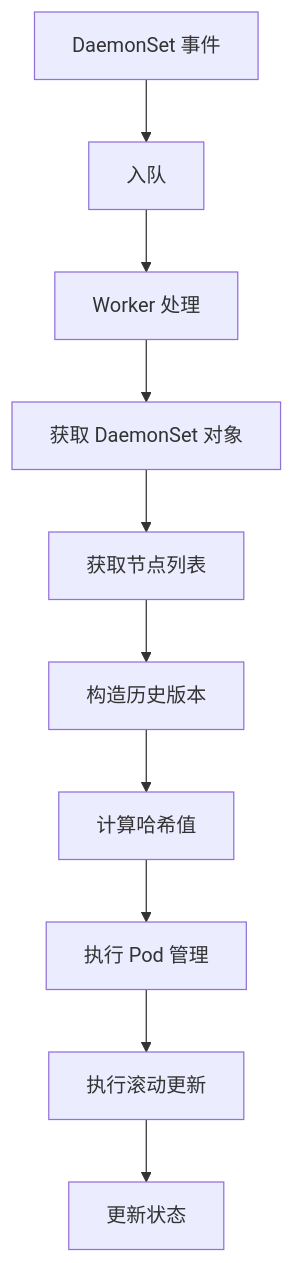
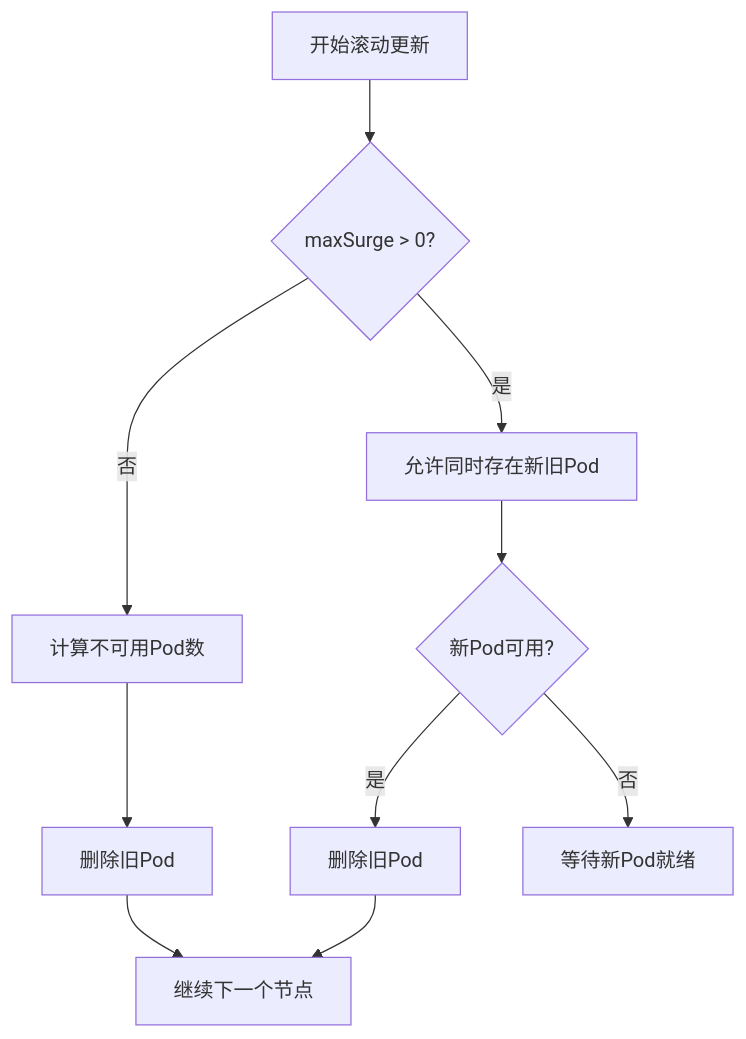
The third of 6 diagrams in docs/deep-dive/daemonset-controller-deep-dive.md (mjczz/k8s-vitepress), drawn with Mermaid before and after one commit. The commit also changed other lines of this file and 5 other files, not shown here.

````diff
--- a/docs/deep-dive/daemonset-controller-deep-dive.md
+++ b/docs/deep-dive/daemonset-controller-deep-dive.md
@@ -96,12 +229,12 @@
 ```mermaid
 flowchart TD
-    A[DaemonSet 事件] --> B[入队]
-    B --> C[Worker 处理]
-    C --> D[获取 DaemonSet 对象]
-    D --> E[获取节点列表]
-    E --> F[构造历史版本]
-    F --> G[计算哈希值]
-    G --> H[执行 Pod 管理]
-    H --> I[执行滚动更新]
-    I --> J[更新状态]
+    A[开始滚动更新] --> B{maxSurge > 0?}
+    B -->|否| C[计算不可用Pod数]
+    B -->|是| D[允许同时存在新旧Pod]
+    C --> E[删除旧Pod]
+    D --> F{新Pod可用?}
+    F -->|是| G[删除旧Pod]
+    F -->|否| H[等待新Pod就绪]
+    E --> I[继续下一个节点]
+    G --> I
 ```
````
